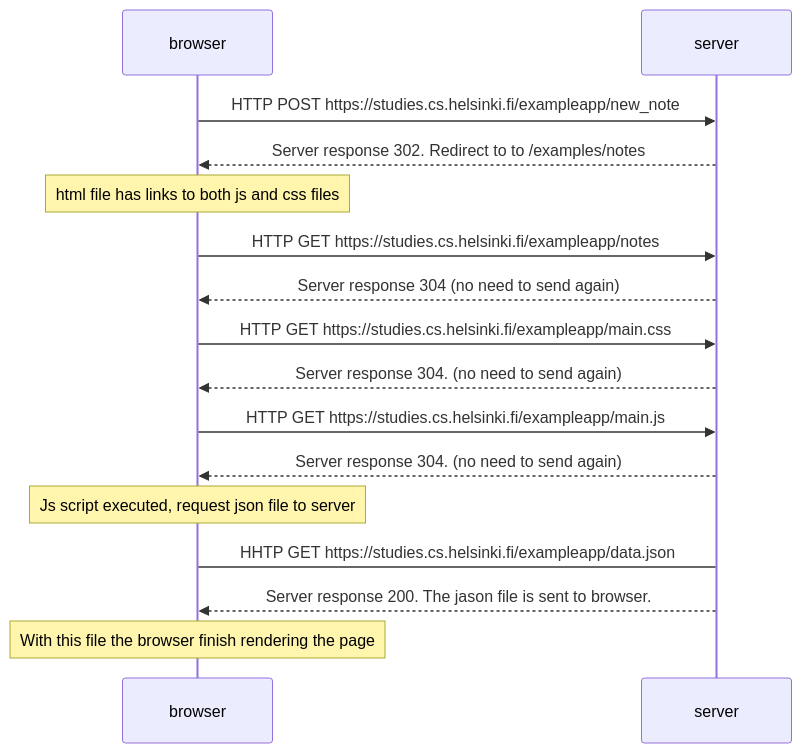
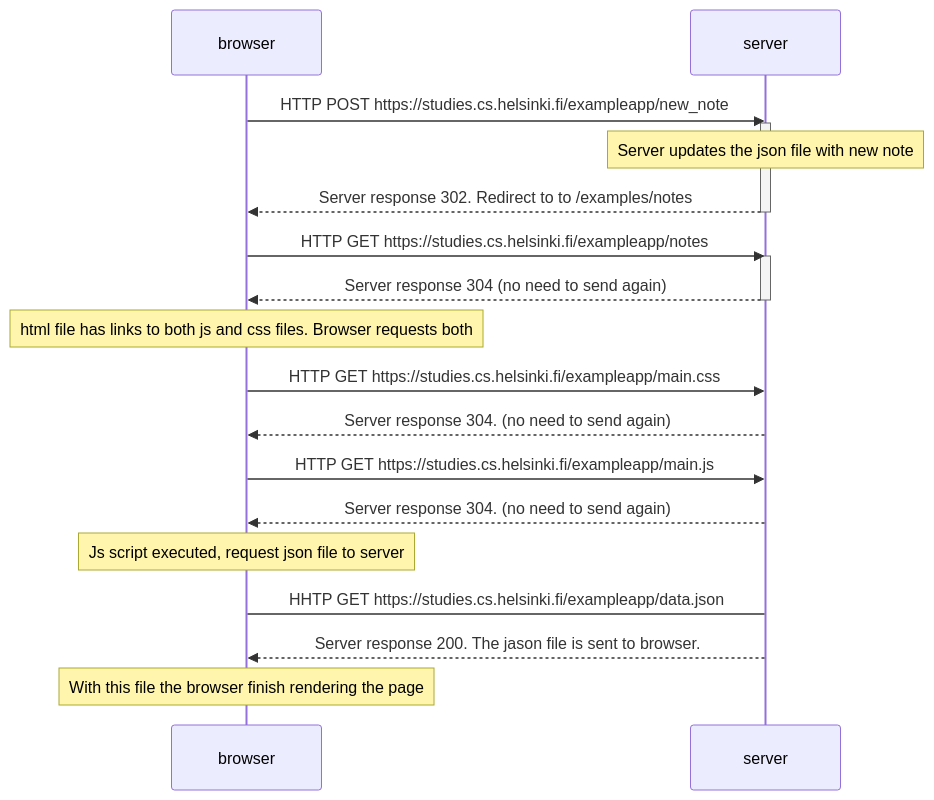
Before and after one commit to alejandro-mielgo/fullstack_open: the diagram in part_0/0.4_new_note_diagram.md, drawn with Mermaid. The commit also changed other lines of this file, not shown here.

````diff
--- a/part_0/0.4_new_note_diagram.md
+++ b/part_0/0.4_new_note_diagram.md
@@ -3,31 +3,36 @@
 ```mermaid
 sequenceDiagram
     participant browser
     participant server
 
-    browser->>server: HTTP POST https://studies.cs.helsinki.fi/exampleapp/new_note
+    browser->>server: HTTP POST https://studies.cs.helsinki.fi/exampleapp/new_note    
+    activate server
+    Note over server: Server updates the json file with new note
     server-->>browser: Server response 302. Redirect to to /examples/notes
+    deactivate server
 
-    Note over browser: html file has links to both js and css files
 
     browser->>server: HTTP GET  https://studies.cs.helsinki.fi/exampleapp/notes
+    activate server
     server-->>browser: Server response 304 (no need to send again)
+    deactivate server
+    Note over browser: html file has links to both js and css files. Browser requests both
 
     browser->>server: HTTP GET  https://studies.cs.helsinki.fi/exampleapp/main.css
     server-->>browser: Server response 304. (no need to send again)
     
     browser->>server: HTTP GET  https://studies.cs.helsinki.fi/exampleapp/main.js
     server-->>browser: Server response 304. (no need to send again)
 
     Note over browser: Js script executed, request json file to server
 
     browser ->server: HHTP GET https://studies.cs.helsinki.fi/exampleapp/data.json
     server-->>browser: Server response 200. The jason file is sent to browser.
 
     Note over browser: With this file the browser finish rendering the page
 
 
 
     
 
 ```
````
